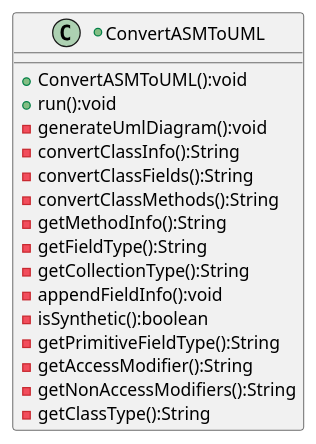
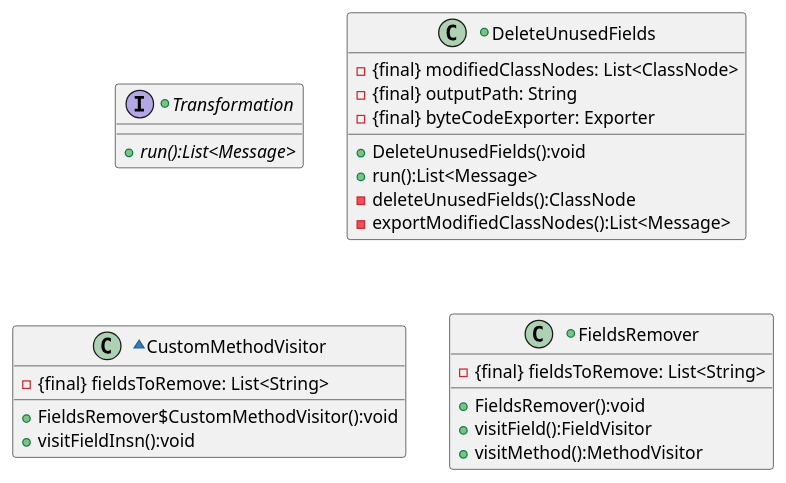
One commit to abeGizaw/JavaUMLCreator changed the diagram in output.puml. Above: the diagram before and after it, drawn with PlantUML. The commit also changed 2 other files, not shown here.

Commit message:
fixing some edge cases for auto generated methods. Preparing to work on inner classes.

```diff
--- a/output.puml
+++ b/output.puml
@@ -1,19 +1,29 @@
 @startuml
-+class ConvertASMToUML{
-+ConvertASMToUML():void
-+run():void
--generateUmlDiagram():void
--convertClassInfo():String
--convertClassFields():String
--convertClassMethods():String
--getMethodInfo():String
--getFieldType():String
--getCollectionType():String
--appendFieldInfo():void
--isSynthetic():boolean
--getPrimitiveFieldType():String
--getAccessModifier():String
--getNonAccessModifiers():String
--getClassType():String
++interface Transformation{
++{abstract}run():List<Message>
 }
+
++class DeleteUnusedFields{
+-{final} modifiedClassNodes: List<ClassNode>
+-{final} outputPath: String
+-{final} byteCodeExporter: Exporter
++DeleteUnusedFields():void
++run():List<Message>
+-deleteUnusedFields():ClassNode
+-exportModifiedClassNodes():List<Message>
+}
+
+~class CustomMethodVisitor{
+-{final} fieldsToRemove: List<String>
++FieldsRemover$CustomMethodVisitor():void
++visitFieldInsn():void
+}
+
++class FieldsRemover{
+-{final} fieldsToRemove: List<String>
++FieldsRemover():void
++visitField():FieldVisitor
++visitMethod():MethodVisitor
+}
+
 @enduml
```
